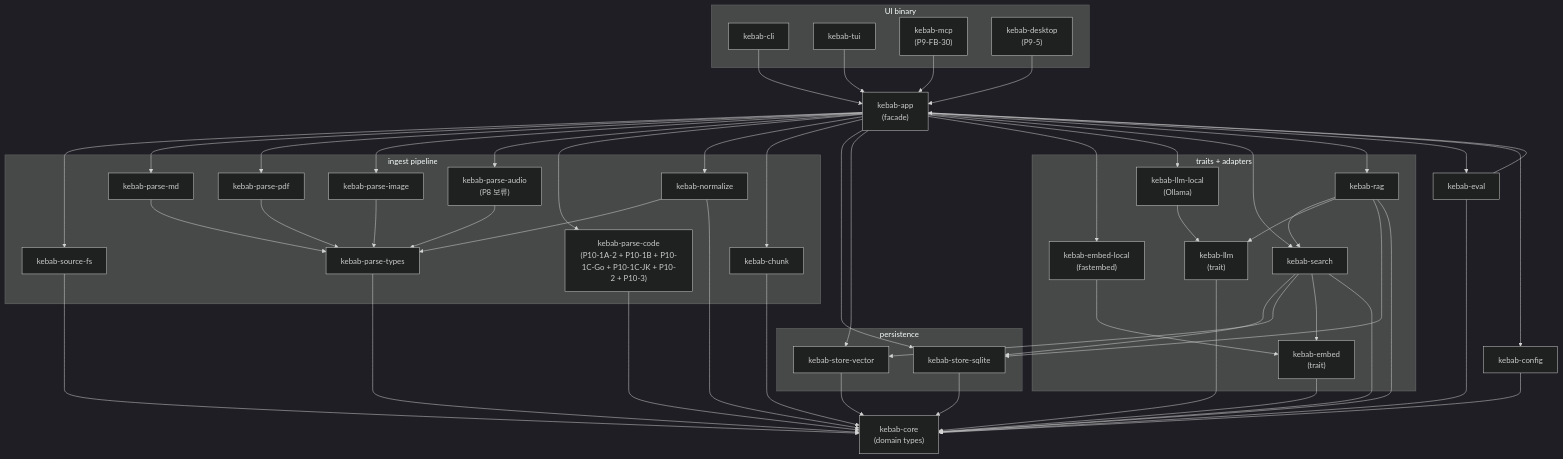
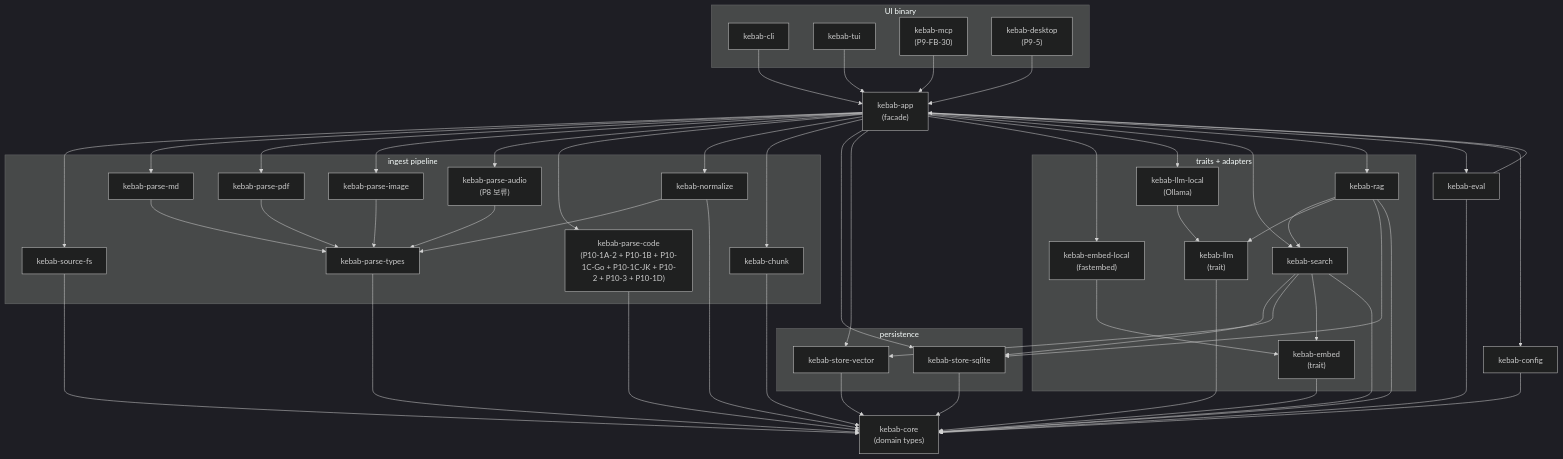
Before and after one commit to altair823/kebab: the diagram in docs/ARCHITECTURE.md, drawn with Mermaid (dark theme). The commit also changed other lines of this file and 5 other files, not shown here.

First line of the commit message:
docs(p10-1d): README/HANDOFF/ARCHITECTURE/SMOKE/INDEX sync

```diff
--- a/docs/ARCHITECTURE.md
+++ b/docs/ARCHITECTURE.md
@@ -52,7 +52,7 @@
         ppdf["kebab-parse-pdf"]
         pimg["kebab-parse-image"]
         paud["kebab-parse-audio<br/>(P8 보류)"]
-        pcode["kebab-parse-code<br/>(P10-1A-2 + P10-1B + P10-1C-Go + P10-1C-JK + P10-2 + P10-3)"]
+        pcode["kebab-parse-code<br/>(P10-1A-2 + P10-1B + P10-1C-Go + P10-1C-JK + P10-2 + P10-3 + P10-1D)"]
         ptypes["kebab-parse-types"]
         norm["kebab-normalize"]
         chunk["kebab-chunk"]
```
